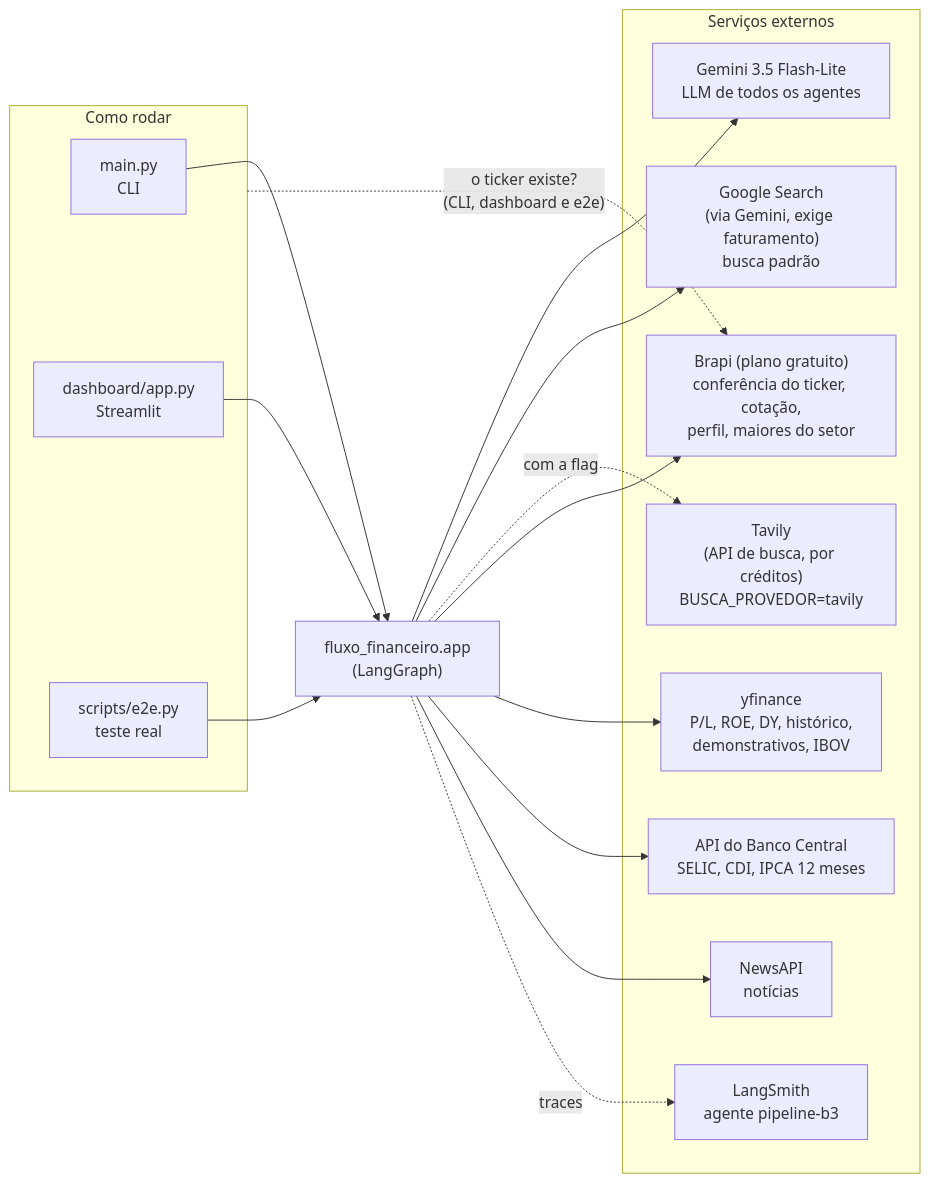
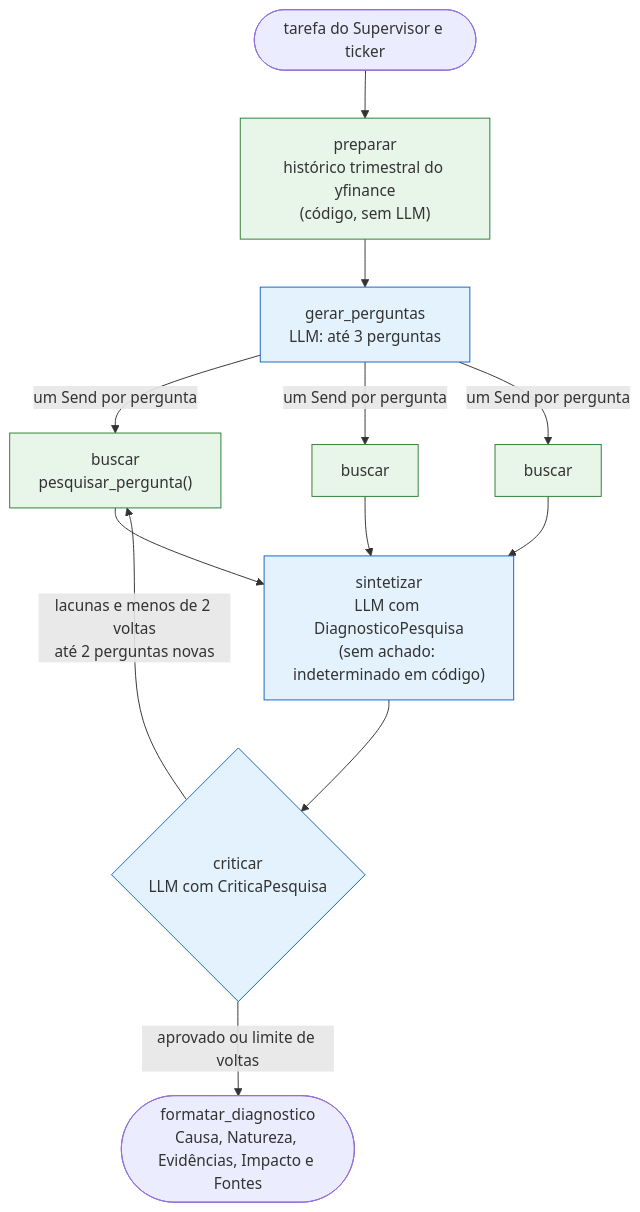
Before and after one commit to igorc22/pipeline-inteligencia-financeira-b3: the second of 4 diagrams in docs/arquitetura.md, drawn with Mermaid. The commit also changed other lines of this file and 77 other files, not shown here.

````diff
--- a/docs/arquitetura.md
+++ b/docs/arquitetura.md
@@ -252,35 +54,19 @@
 ```mermaid
-flowchart LR
-    subgraph entrada["Como rodar"]
-        CLI["main.py<br/>CLI"]
-        DASH["dashboard/app.py<br/>Streamlit"]
-        E2E["scripts/e2e.py<br/>teste real"]
-    end
+flowchart TD
+    IN_PESQ(["tarefa do Supervisor e ticker"]) --> PREP["preparar<br/>histórico trimestral do yfinance<br/>(código, sem LLM)"]
+    PREP --> PERG["gerar_perguntas<br/>LLM: até 3 perguntas"]
+    PERG -->|"um Send por pergunta"| B1["buscar<br/>pesquisar_pergunta()"]
+    PERG -->|"um Send por pergunta"| B2["buscar"]
+    PERG -->|"um Send por pergunta"| B3["buscar"]
+    B1 --> SINT["sintetizar<br/>LLM com DiagnosticoPesquisa<br/>(sem achado: indeterminado em código)"]
+    B2 --> SINT
+    B3 --> SINT
+    SINT --> CRIT{"criticar<br/>LLM com CriticaPesquisa"}
+    CRIT -->|"lacunas e menos de 2 voltas<br/>até 2 perguntas novas"| B1
+    CRIT -->|"aprovado ou limite de voltas"| FORMATO(["formatar_diagnostico<br/>Causa, Natureza, Evidências, Impacto e Fontes"])
 
-    APP["fluxo_financeiro.app<br/>(LangGraph)"]
-
-    subgraph externos["Serviços externos"]
-        GEM["Gemini 3.5 Flash-Lite<br/>LLM de todos os agentes"]
-        GS["Google Search<br/>(via Gemini, exige faturamento)<br/>busca padrão"]
-        TAV["Tavily<br/>(API de busca, por créditos)<br/>BUSCA_PROVEDOR=tavily"]
-        BRAPI["Brapi (plano gratuito)<br/>conferência do ticker, cotação,<br/>perfil, maiores do setor"]
-        YF["yfinance<br/>P/L, ROE, DY, histórico,<br/>demonstrativos, IBOV"]
-        BCB["API do Banco Central<br/>SELIC, CDI, IPCA 12 meses"]
-        NAPI["NewsAPI<br/>notícias"]
-        LS["LangSmith<br/>agente pipeline-b3"]
-    end
-
-    CLI --> APP
-    E2E --> APP
-    DASH --> APP
-    entrada -.->|"o ticker existe?<br/>(CLI, dashboard e e2e)"| BRAPI
-
-    APP --> GEM
-    APP --> GS
-    APP -.->|"com a flag"| TAV
-    APP --> BRAPI
-    APP --> YF
-    APP --> BCB
-    APP --> NAPI
-    APP -.->|"traces"| LS
+    classDef llm fill:#e3f2fd,stroke:#1565c0
+    classDef codigo fill:#e8f5e9,stroke:#2e7d32
+    class PERG,SINT,CRIT llm
+    class PREP,B1,B2,B3 codigo
 ```
````
